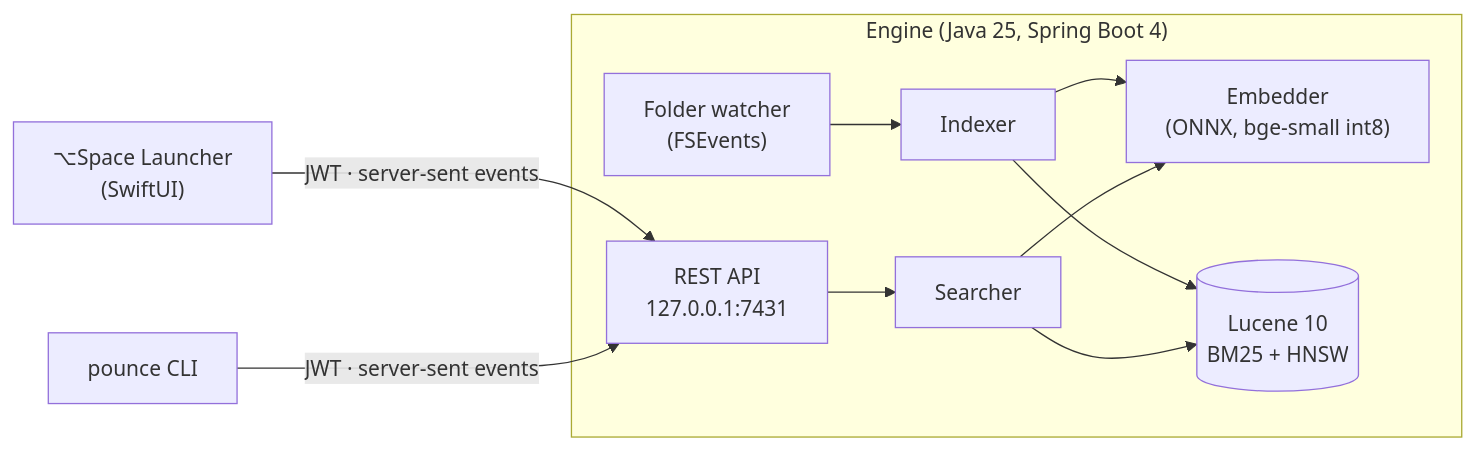
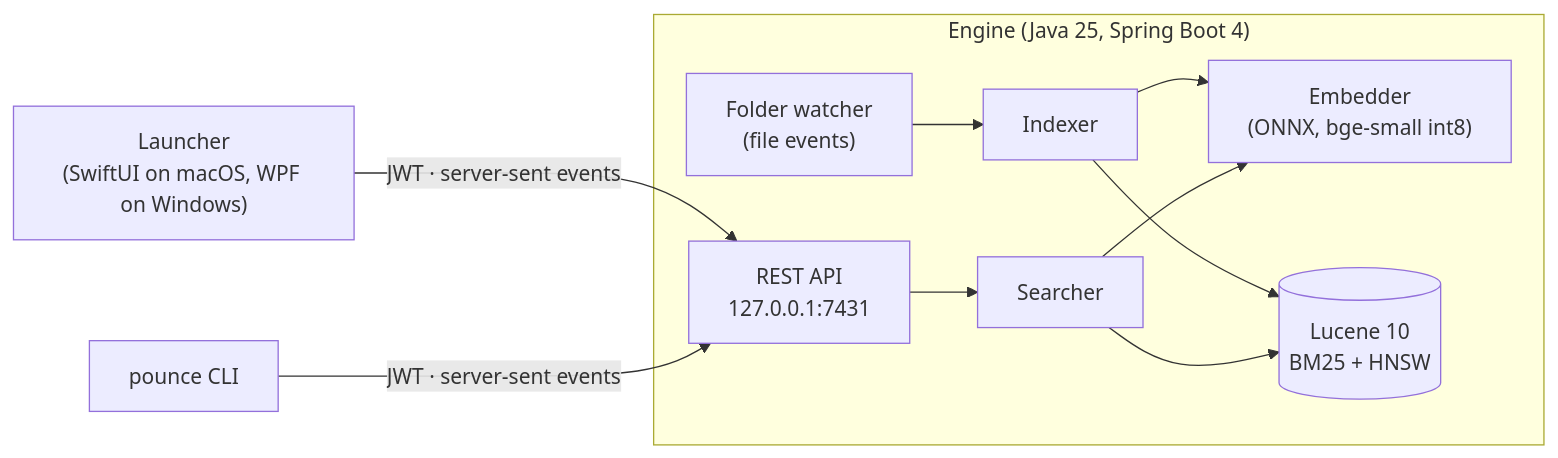
The diagram in README.md (RashidIsmayilzada/Pounce), drawn with Mermaid before and after one commit. The commit also changed other lines of this file, not shown here.

First line of the commit message:
README: install, build and use Pounce on Windows

````diff
--- a/README.md
+++ b/README.md
@@ -53,13 +85,13 @@
 ```mermaid
 flowchart LR
-    L["⌥Space Launcher<br/>(SwiftUI)"] -- "JWT · server-sent events" --> API
+    L["Launcher<br/>(SwiftUI on macOS, WPF on Windows)"] -- "JWT · server-sent events" --> API
     C["pounce CLI"] -- "JWT · server-sent events" --> API
     subgraph Engine ["Engine (Java 25, Spring Boot 4)"]
         API["REST API<br/>127.0.0.1:7431"] --> S["Searcher"]
-        W["Folder watcher<br/>(FSEvents)"] --> I["Indexer"]
+        W["Folder watcher<br/>(file events)"] --> I["Indexer"]
         I --> E["Embedder<br/>(ONNX, bge-small int8)"]
         S --> E
         I --> X[("Lucene 10<br/>BM25 + HNSW")]
         S --> X
     end
 ```
````
